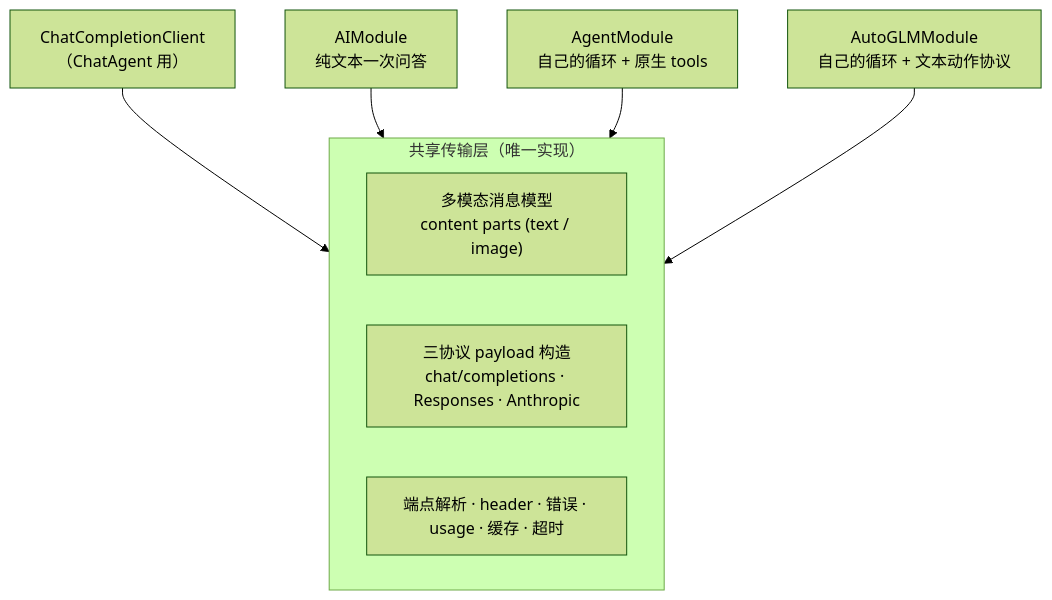
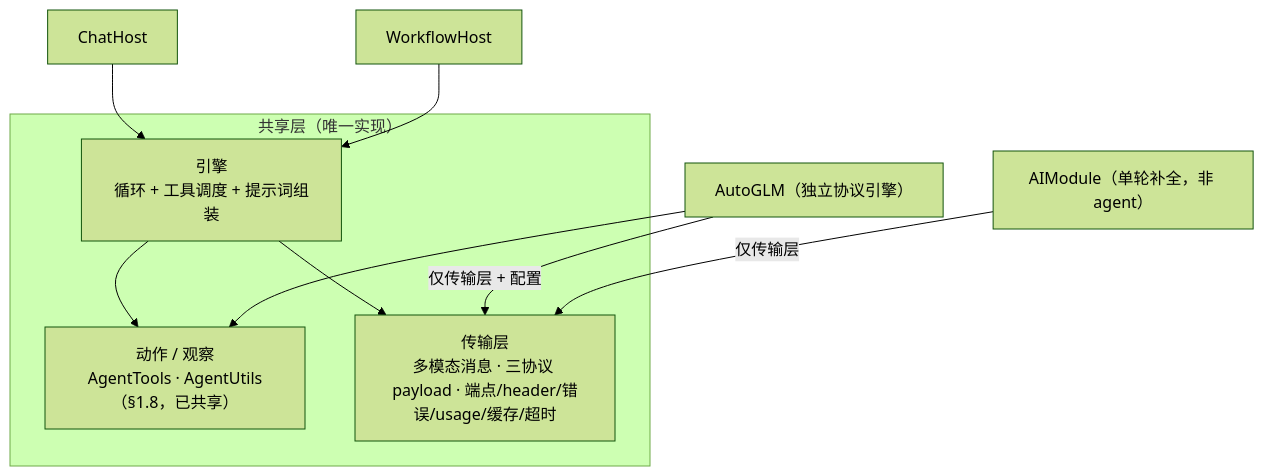
The second of 3 diagrams in docs/fork/ai-capability-unification.md (nightking8342/vFlow), drawn with Mermaid (forest theme) before and after one commit. The commit also changed other lines of this file and 2 other files, not shown here.

Commit message:
fork: AI 能力统一设计稿补全（§3.7 图片预算 / §3.8 坐标语义 / §3.9 图片展示 / §3.10 轨迹视图 / §3.11 AgentHost + D19-D23）

````diff
--- a/docs/fork/ai-capability-unification.md
+++ b/docs/fork/ai-capability-unification.md
@@ -161,12 +272,15 @@
 ```mermaid
 flowchart TB
-    subgraph Shared["共享传输层（唯一实现）"]
-        MM["多模态消息模型<br/>content parts (text / image)"]
-        PB["三协议 payload 构造<br/>chat/completions · Responses · Anthropic"]
-        EP["端点解析 · header · 错误 · usage · 缓存 · 超时"]
+    subgraph Shared["共享层（唯一实现）"]
+        AC["动作 / 观察<br/>AgentTools · AgentUtils（§1.8，已共享）"]
+        TR["传输层<br/>多模态消息 · 三协议 payload · 端点/header/错误/usage/缓存/超时"]
+        EN["引擎<br/>循环 + 工具调度 + 提示词组装"]
     end
-    CC["ChatCompletionClient<br/>（ChatAgent 用）"] --> Shared
-    AIM["AIModule<br/>纯文本一次问答"] --> Shared
-    AG["AgentModule<br/>自己的循环 + 原生 tools"] --> Shared
-    GLM["AutoGLMModule<br/>自己的循环 + 文本动作协议"] --> Shared
+    H1["ChatHost"] --> EN
+    H2["WorkflowHost"] --> EN
+    EN --> TR
+    EN --> AC
+    GLM["AutoGLM（独立协议引擎）"] -->|仅传输层 + 配置| TR
+    GLM --> AC
+    AIM["AIModule（单轮补全，非 agent）"] -->|仅传输层| TR
 ```
````
